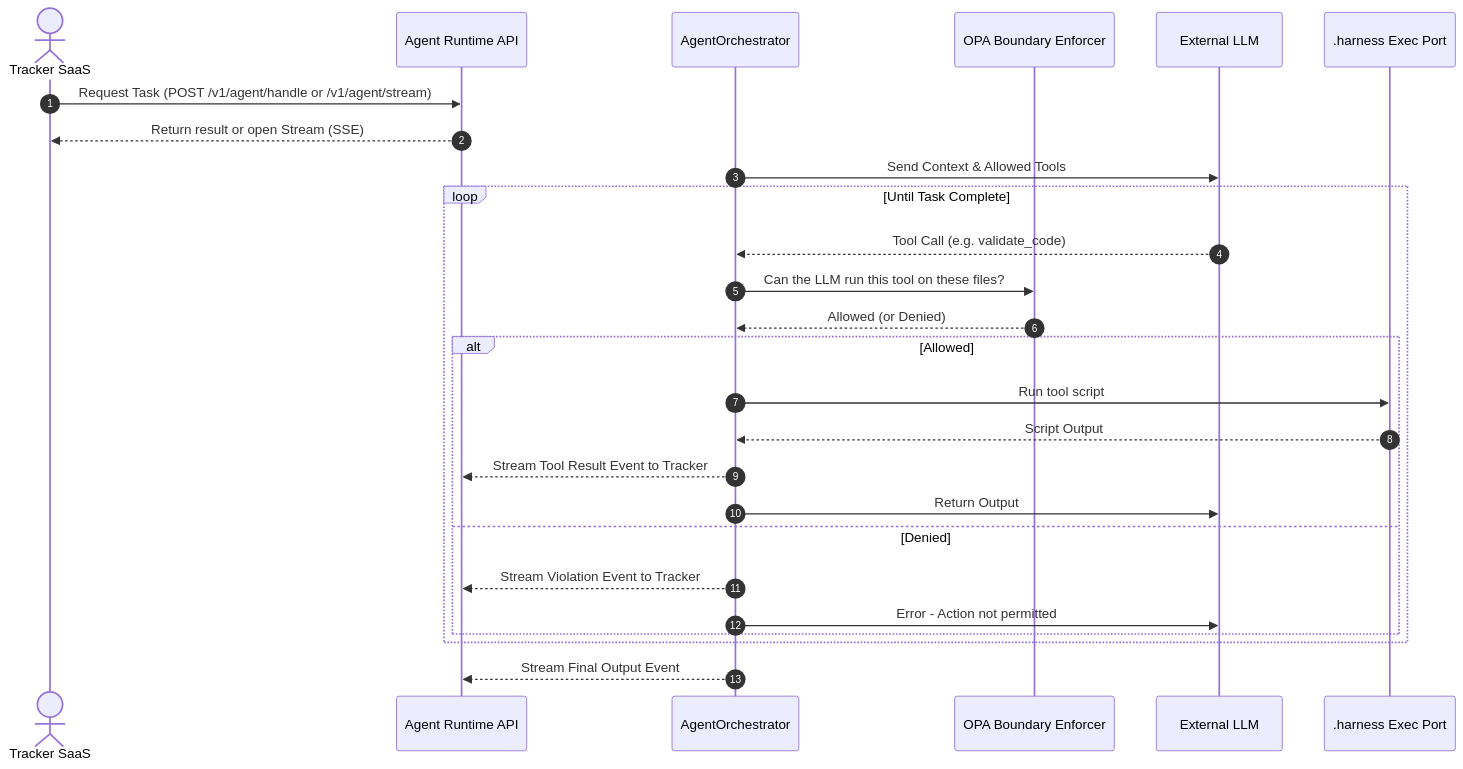
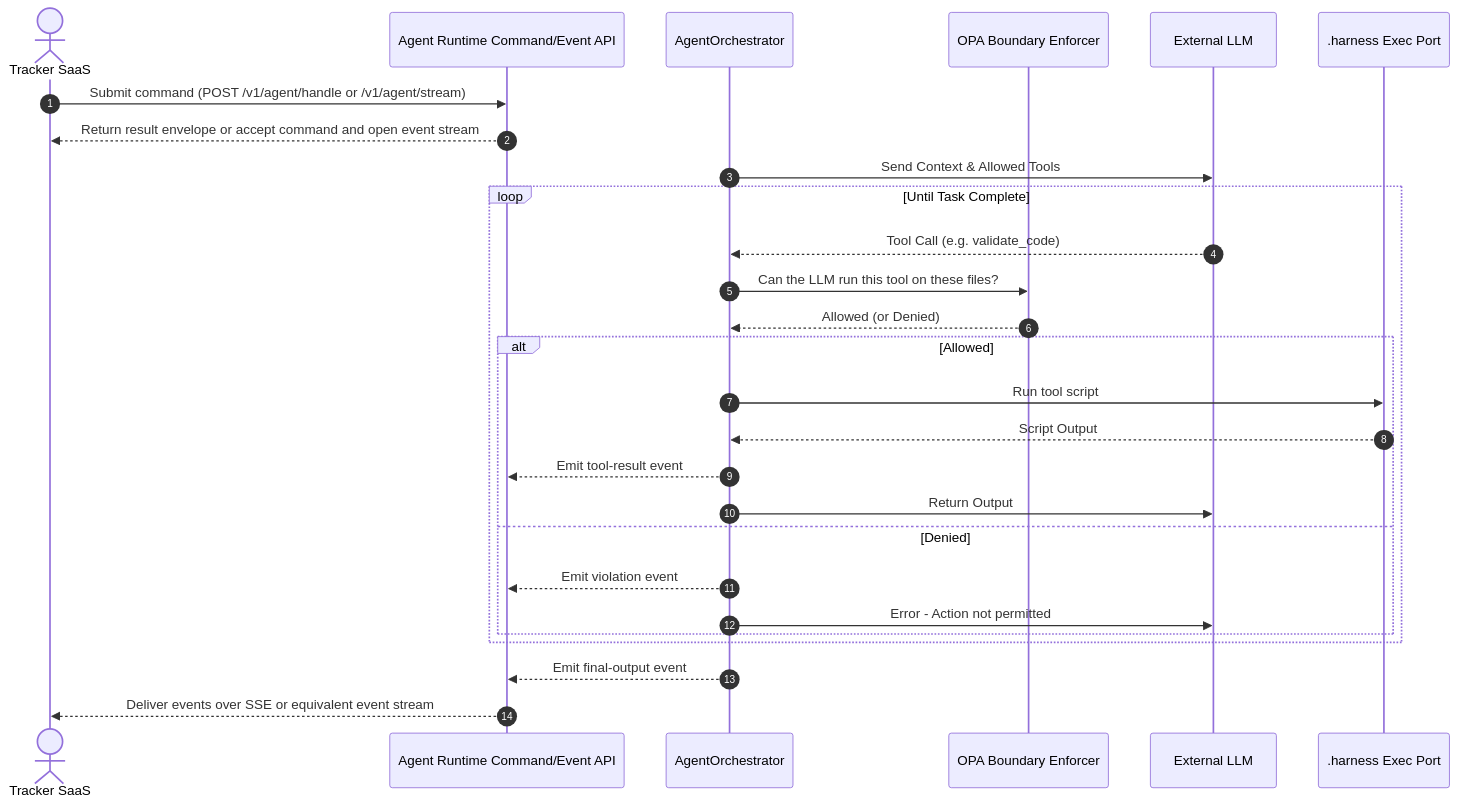
The second of 2 diagrams in reference/architecture/views/view-by-flow.md (beyondnetcode/evolith_arch32), drawn with Mermaid before and after one commit. The commit also changed other lines of this file and 13 other files, not shown here.

Commit message:
docs: clarify agent runtime command event flow

````diff
--- a/reference/architecture/views/view-by-flow.md
+++ b/reference/architecture/views/view-by-flow.md
@@ -50,33 +50,34 @@
 ```mermaid
 sequenceDiagram
     autonumber
     actor Tracker as Tracker SaaS
-    participant SSE as Agent Runtime API
+    participant RuntimeAPI as Agent Runtime Command/Event API
     participant Orch as AgentOrchestrator
     participant Boundary as OPA Boundary Enforcer
     participant LLM as External LLM
     participant Exec as .harness Exec Port
 
-    Tracker->>SSE: Request Task (POST /v1/agent/handle or /v1/agent/stream)
-    SSE-->>Tracker: Return result or open Stream (SSE)
+    Tracker->>RuntimeAPI: Submit command (POST /v1/agent/handle or /v1/agent/stream)
+    RuntimeAPI-->>Tracker: Return result envelope or accept command and open event stream
     
     Orch->>LLM: Send Context & Allowed Tools
     loop Until Task Complete
         LLM-->>Orch: Tool Call (e.g. validate_code)
         
         Orch->>Boundary: Can the LLM run this tool on these files?
         Boundary-->>Orch: Allowed (or Denied)
         
         alt Allowed
             Orch->>Exec: Run tool script
             Exec-->>Orch: Script Output
-            Orch-->>SSE: Stream Tool Result Event to Tracker
+            Orch-->>RuntimeAPI: Emit tool-result event
             Orch->>LLM: Return Output
         else Denied
-            Orch-->>SSE: Stream Violation Event to Tracker
+            Orch-->>RuntimeAPI: Emit violation event
             Orch->>LLM: Error - Action not permitted
         end
     end
     
-    Orch-->>SSE: Stream Final Output Event
+    Orch-->>RuntimeAPI: Emit final-output event
+    RuntimeAPI-->>Tracker: Deliver events over SSE or equivalent event stream
 ```
````
